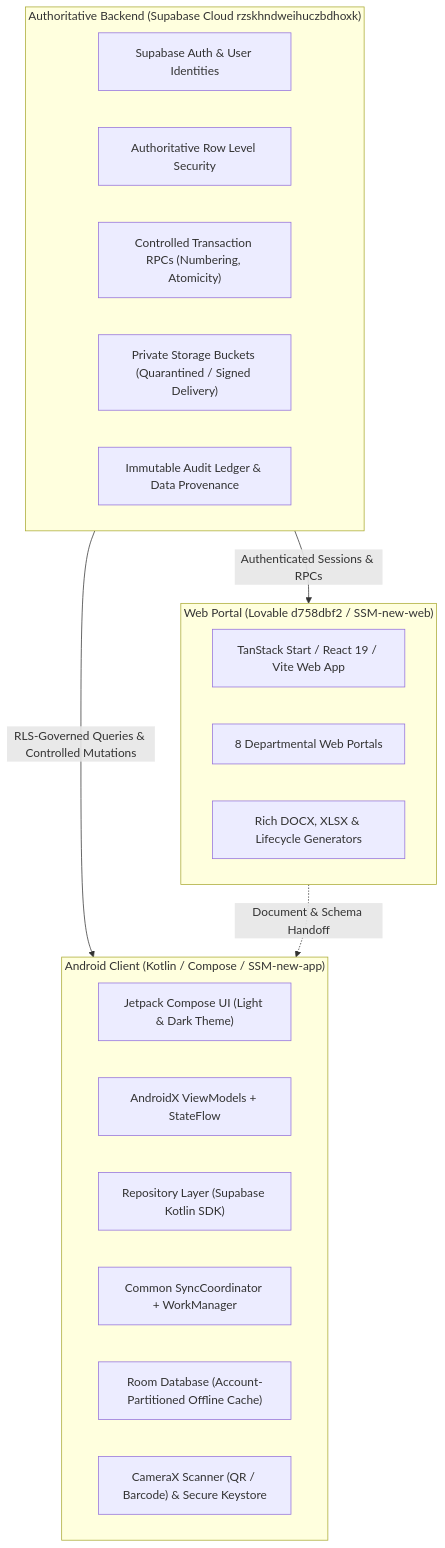
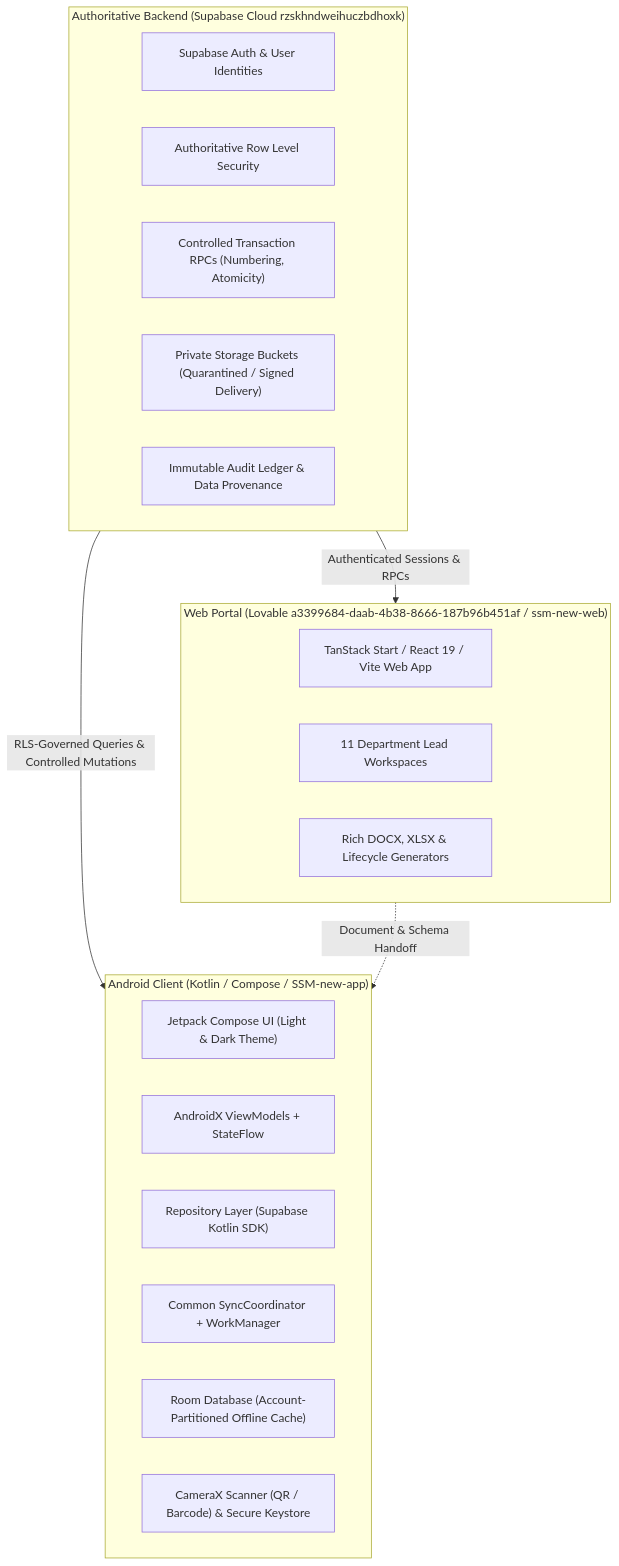
Before and after one commit to narendok/SSM-new-app: the first of 5 diagrams in docs/planning/SSM_ONE_ANDROID_BUILD_PLAN.md, drawn with Mermaid. The commit also changed other lines of this file and 3 other files, not shown here.

Commit message:
docs: align Android build plan and context with web portal Priority 0 browser verification

````diff
--- a/docs/planning/SSM_ONE_ANDROID_BUILD_PLAN.md
+++ b/docs/planning/SSM_ONE_ANDROID_BUILD_PLAN.md
@@ -17,29 +20,29 @@
 ```mermaid
 flowchart TD
     subgraph BackendAuthority["Authoritative Backend (Supabase Cloud rzskhndweihuczbdhoxk)"]
         AUTH["Supabase Auth & User Identities"]
         RLS["Authoritative Row Level Security"]
         RPC["Controlled Transaction RPCs (Numbering, Atomicity)"]
         BUCKETS["Private Storage Buckets (Quarantined / Signed Delivery)"]
         AUDIT["Immutable Audit Ledger & Data Provenance"]
     end
 
-    subgraph WebPortal["Web Portal (Lovable d758dbf2 / SSM-new-web)"]
+    subgraph WebPortal["Web Portal (Lovable a3399684-daab-4b38-8666-187b96b451af / ssm-new-web)"]
         WEB_UI["TanStack Start / React 19 / Vite Web App"]
-        WEB_WORKSPACES["8 Departmental Web Portals"]
+        WEB_WORKSPACES["11 Department Lead Workspaces"]
         WEB_EDITORS["Rich DOCX, XLSX & Lifecycle Generators"]
     end
 
     subgraph AndroidClient["Android Client (Kotlin / Compose / SSM-new-app)"]
         COMPOSE["Jetpack Compose UI (Light & Dark Theme)"]
         VIEWMODEL["AndroidX ViewModels + StateFlow"]
         REPO["Repository Layer (Supabase Kotlin SDK)"]
         SYNC["Common SyncCoordinator + WorkManager"]
         ROOM["Room Database (Account-Partitioned Offline Cache)"]
         HARDWARE["CameraX Scanner (QR / Barcode) & Secure Keystore"]
     end
 
     BackendAuthority -->|Authenticated Sessions & RPCs| WebPortal
     BackendAuthority -->|RLS-Governed Queries & Controlled Mutations| AndroidClient
     WebPortal -.->|Document & Schema Handoff| AndroidClient
 ```
````
